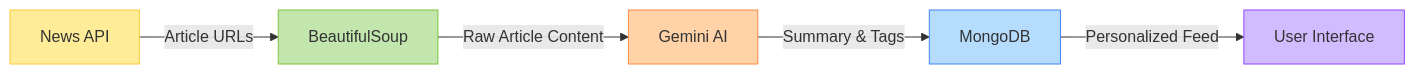
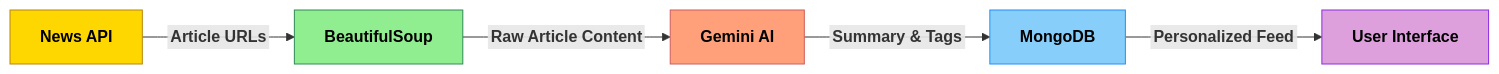
The second of 2 diagrams in README.md (mikeshuh/CS157C-Team6), drawn with Mermaid before and after one commit.

````diff
--- a/README.md
+++ b/README.md
@@ -99,12 +99,12 @@
 ```mermaid
 graph LR
-    A[News API] -->|Article URLs| B[BeautifulSoup]
-    B -->|Raw Article Content| C[Gemini AI]
-    C -->|Summary & Tags| D[MongoDB]
-    D -->|Personalized Feed| E[User Interface]
-    style A fill:#FFEC99,stroke:#FFC940
-    style B fill:#C3E5AE,stroke:#82C43C
-    style C fill:#FFD2A8,stroke:#FF8C42
-    style D fill:#B5DCFD,stroke:#4285F4
-    style E fill:#D0BCFF,stroke:#9747FF
+    A[News API] -->|"<b style='background:#333; color:white; padding:3px; border-radius:3px;'>Article URLs</b>"| B[BeautifulSoup]
+    B -->|"<b style='background:#333; color:white; padding:3px; border-radius:3px;'>Raw Article Content</b>"| C[Gemini AI]
+    C -->|"<b style='background:#333; color:white; padding:3px; border-radius:3px;'>Summary & Tags</b>"| D[MongoDB]
+    D -->|"<b style='background:#333; color:white; padding:3px; border-radius:3px;'>Personalized Feed</b>"| E[User Interface]
+    style A fill:#FFD700,stroke:#B8860B,color:#000000,font-weight:bold
+    style B fill:#90EE90,stroke:#2E8B57,color:#000000,font-weight:bold
+    style C fill:#FFA07A,stroke:#CD5C5C,color:#000000,font-weight:bold
+    style D fill:#87CEFA,stroke:#1E90FF,color:#000000,font-weight:bold
+    style E fill:#DDA0DD,stroke:#8A2BE2,color:#000000,font-weight:bold
 ```
````
